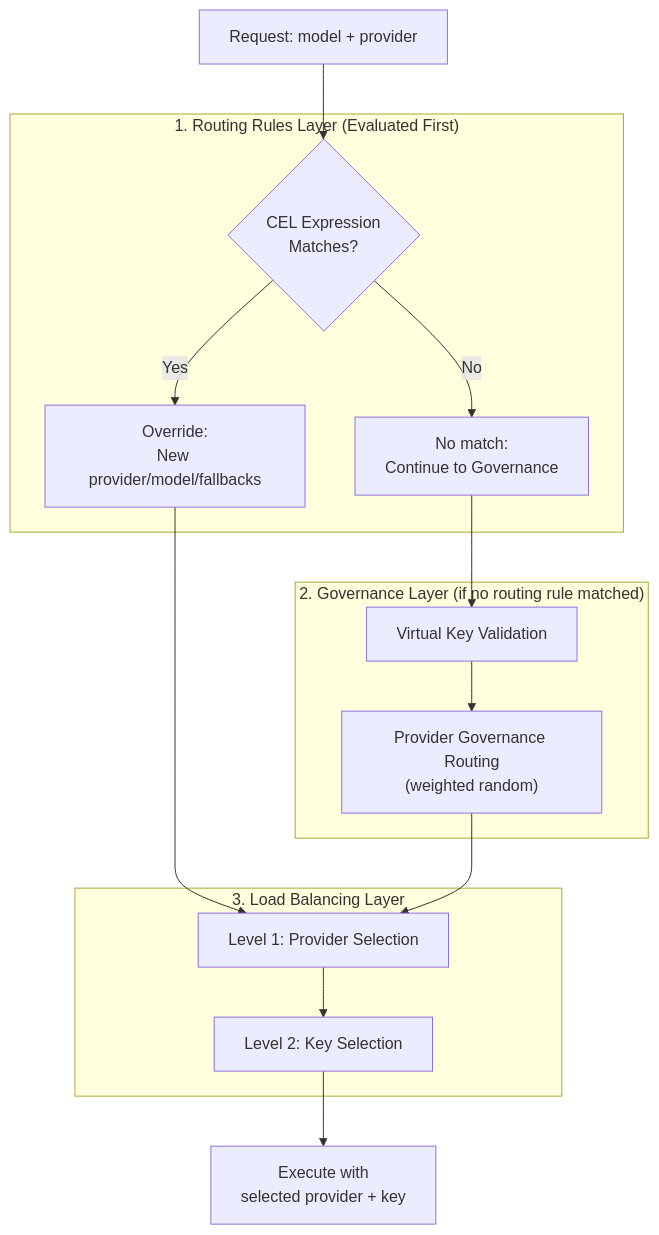
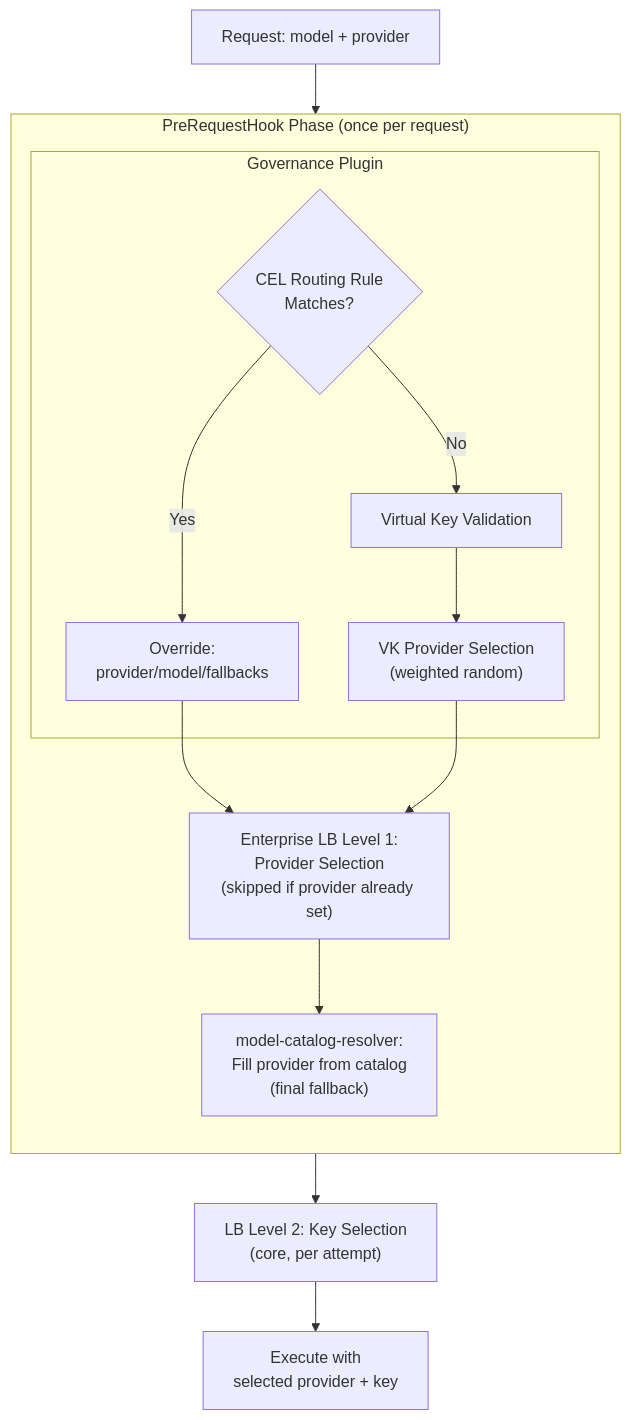
Before and after one commit to akhsaul/bifrost: the third of 3 diagrams in docs/providers/provider-routing.mdx, drawn with Mermaid. The commit also changed other lines of this file and 4 other files, not shown here.

First line of the commit message:
docs: add `PreRequestHook` routing phase to plugin lifecycle and sequencing docs (#4178)

````diff
--- a/docs/providers/provider-routing.mdx
+++ b/docs/providers/provider-routing.mdx
@@ -1394,25 +1402,23 @@
 ```mermaid
 flowchart TD
     Start["Request: model + provider"]
 
-    subgraph Rules["1. Routing Rules Layer (Evaluated First)"]
-        RuleMatch{"CEL Expression<br/>Matches?"}
-        RuleDecision["Override:<br/>New provider/model/fallbacks"]
-        NoMatch["No match:<br/>Continue to Governance"]
+    subgraph PreReq["PreRequestHook Phase (once per request)"]
+        direction TB
+        subgraph Gov["Governance Plugin"]
+            RuleMatch{"CEL Routing Rule<br/>Matches?"}
+            RuleDecision["Override:<br/>provider/model/fallbacks"]
+            VKValidation["Virtual Key Validation"]
+            GovRouting["VK Provider Selection<br/>(weighted random)"]
+        end
+        LB1["Enterprise LB Level 1:<br/>Provider Selection<br/>(skipped if provider already set)"]
+        Resolver["model-catalog-resolver:<br/>Fill provider from catalog<br/>(final fallback)"]
     end
 
-    subgraph Gov["2. Governance Layer (if no routing rule matched)"]
-        VKValidation["Virtual Key Validation"]
-        GovRouting["Provider Governance Routing<br/>(weighted random)"]
-    end
-
-    subgraph LB["3. Load Balancing Layer"]
-        LB1["Level 1: Provider Selection"]
-        LB2["Level 2: Key Selection"]
-    end
+    LB2["LB Level 2: Key Selection<br/>(core, per attempt)"]
 
     Start --> RuleMatch
     RuleMatch -->|Yes| RuleDecision --> LB1
-    RuleMatch -->|No| NoMatch --> VKValidation --> GovRouting --> LB1
-    LB1 --> LB2 --> Execute["Execute with<br/>selected provider + key"]
+    RuleMatch -->|No| VKValidation --> GovRouting --> LB1
+    LB1 --> Resolver --> LB2 --> Execute["Execute with<br/>selected provider + key"]
 ```
````
